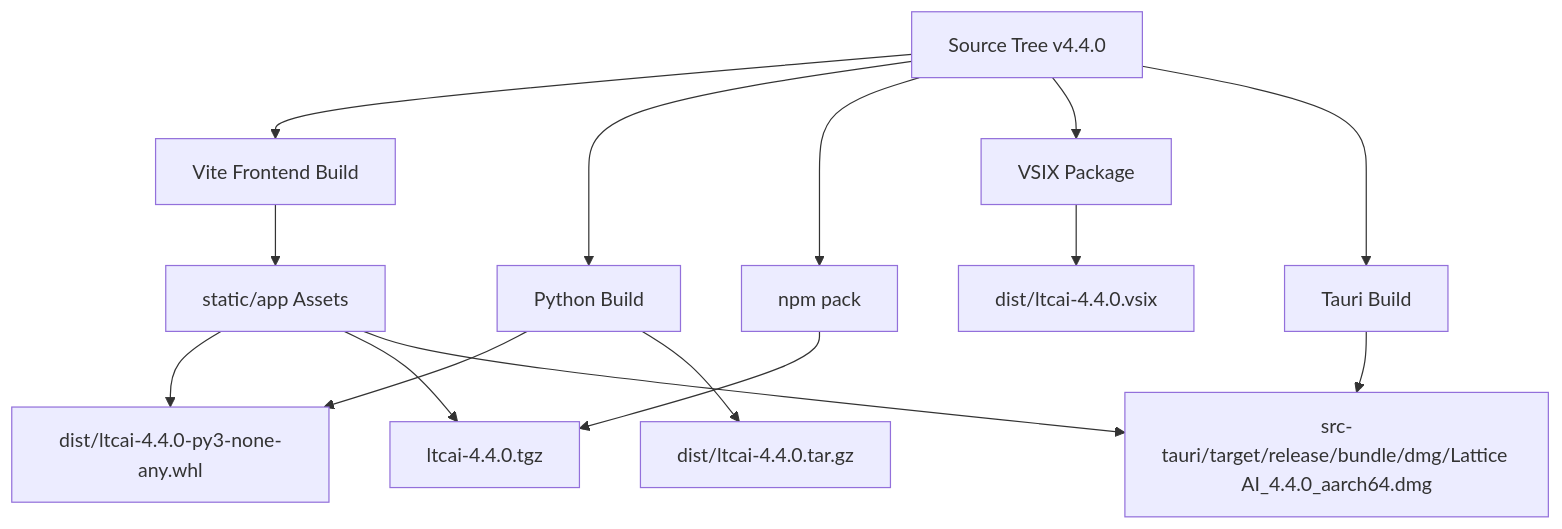
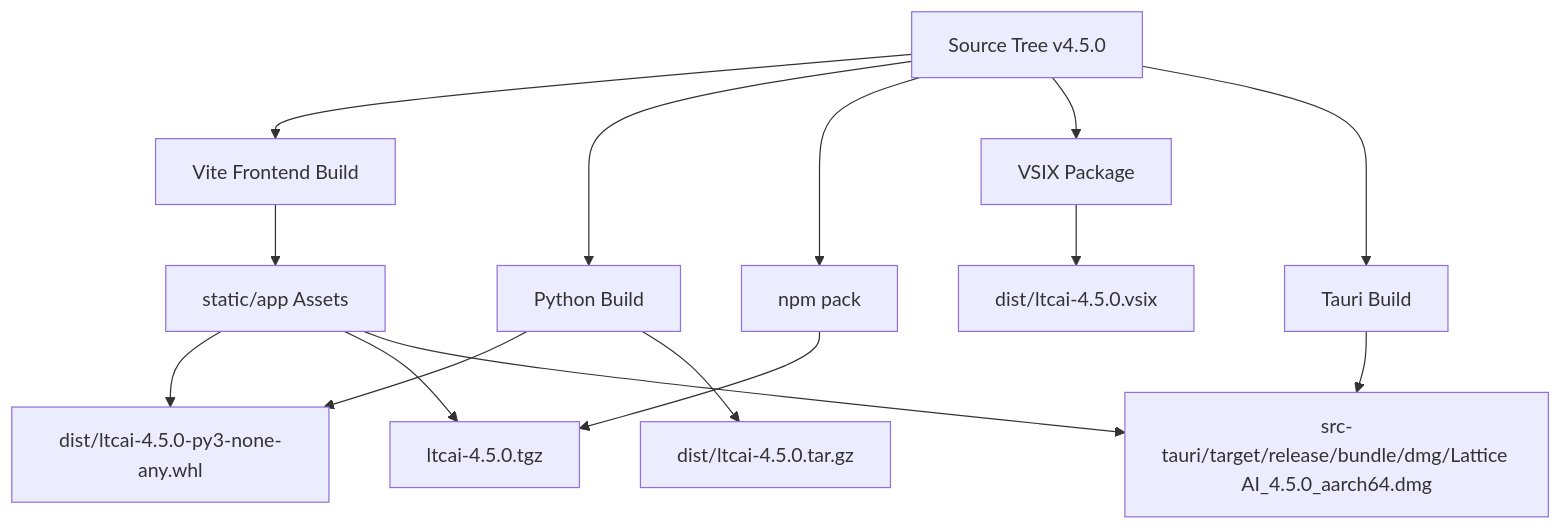
Before and after one commit to TaeSooPark-PTS/LatticeAI: diagram 12 of 13 in ARCHITECTURE.md, drawn with Mermaid. The commit also changed other lines of this file and 61 other files, not shown here.

````diff
--- a/ARCHITECTURE.md
+++ b/ARCHITECTURE.md
@@ -336,18 +337,18 @@
 ```mermaid
 flowchart TB
-  Source["Source Tree v4.4.0"] --> FrontendBuild["Vite Frontend Build"]
+  Source["Source Tree v4.5.0"] --> FrontendBuild["Vite Frontend Build"]
   Source --> PythonBuild["Python Build"]
   Source --> NpmPack["npm pack"]
   Source --> VsixBuild["VSIX Package"]
   Source --> TauriBuild["Tauri Build"]
 
   FrontendBuild --> StaticAssets["static/app Assets"]
-  PythonBuild --> Wheel["dist/ltcai-4.4.0-py3-none-any.whl"]
-  PythonBuild --> Sdist["dist/ltcai-4.4.0.tar.gz"]
-  NpmPack --> Tgz["ltcai-4.4.0.tgz"]
-  VsixBuild --> Vsix["dist/ltcai-4.4.0.vsix"]
-  TauriBuild --> Dmg["src-tauri/target/release/bundle/dmg/Lattice AI_4.4.0_aarch64.dmg"]
+  PythonBuild --> Wheel["dist/ltcai-4.5.0-py3-none-any.whl"]
+  PythonBuild --> Sdist["dist/ltcai-4.5.0.tar.gz"]
+  NpmPack --> Tgz["ltcai-4.5.0.tgz"]
+  VsixBuild --> Vsix["dist/ltcai-4.5.0.vsix"]
+  TauriBuild --> Dmg["src-tauri/target/release/bundle/dmg/Lattice AI_4.5.0_aarch64.dmg"]
   StaticAssets --> Wheel
   StaticAssets --> Tgz
   StaticAssets --> Dmg
 ```
````
